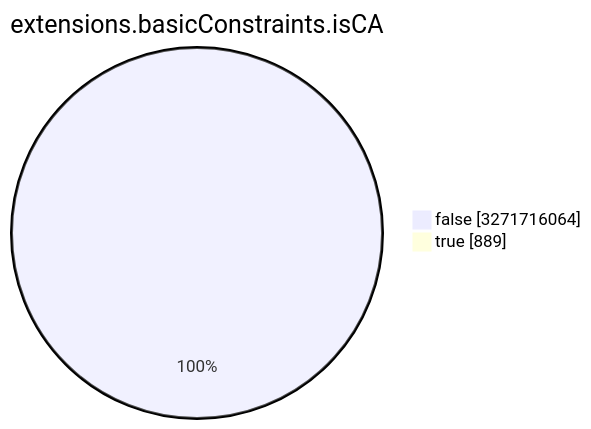
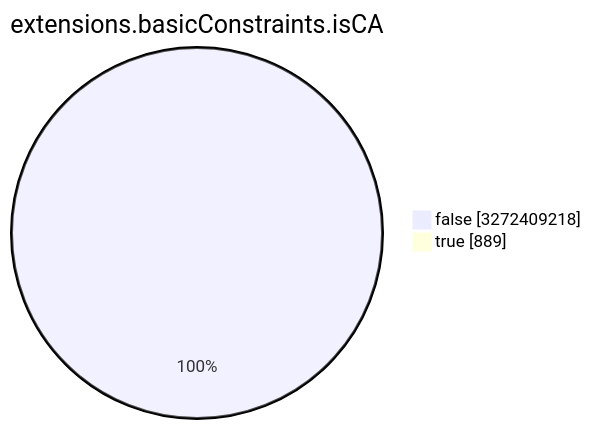
Before and after one commit to christiankrug/ctmonitor_visualization: the seventh of 15 diagrams in TOTAL/README.md, drawn with Mermaid. The commit also changed other lines of this file, not shown here.

````diff
--- a/TOTAL/README.md
+++ b/TOTAL/README.md
@@ -3089,6 +3089,6 @@
 ```mermaid
 pie showData
 title extensions.basicConstraints.isCA
-"false" :3271716064
+"false" :3272409218
 "true" :889
 ```
````
